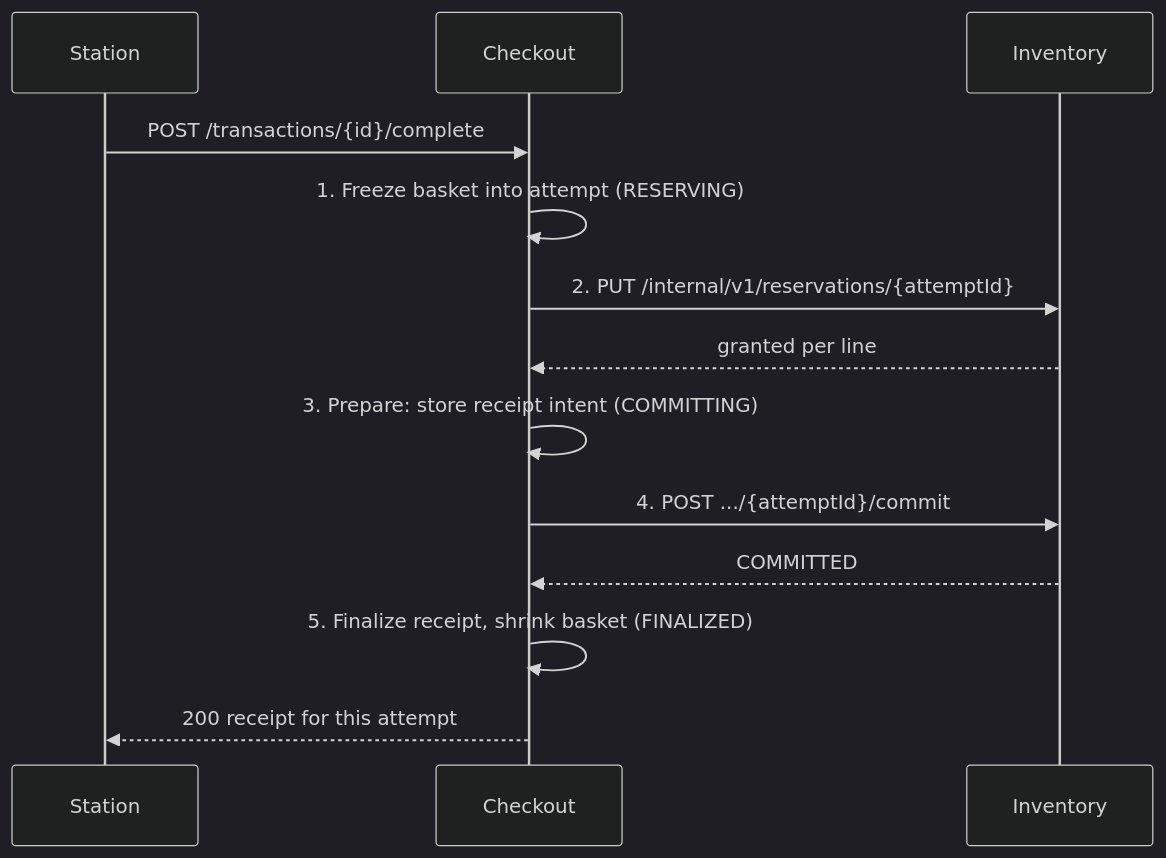
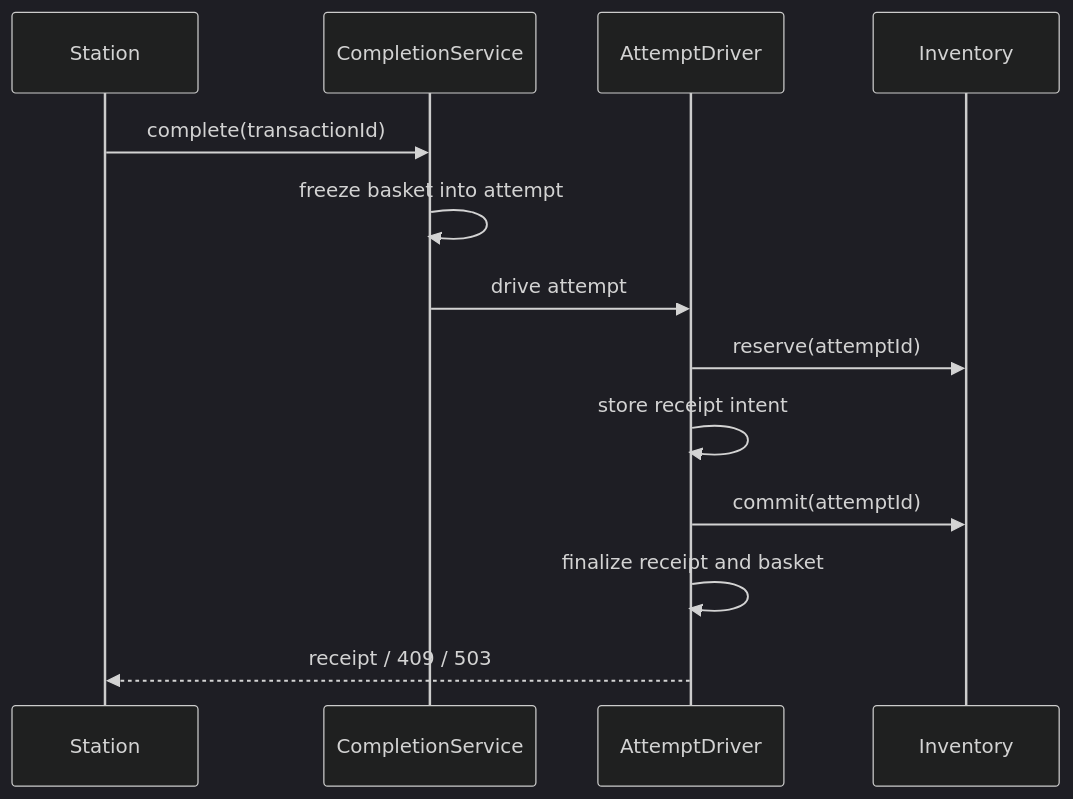
One commit to anecyz21/CS6510-2026 changed the seventh of 17 diagrams in domain-services/slides/slides.md. Above: the diagram before and after it, drawn with Mermaid (dark theme). The commit also changed other lines of this file, not shown here.

````diff
--- a/domain-services/slides/slides.md
+++ b/domain-services/slides/slides.md
@@ -522,15 +198,15 @@
-```mermaid {scale: 0.5}
+```mermaid {scale: 0.43}
 sequenceDiagram
-  participant S as Station
-  participant C as Checkout
-  participant I as Inventory
-  S->>C: POST /transactions/{id}/complete
-  C->>C: 1. Freeze basket into attempt (RESERVING)
-  C->>I: 2. PUT /internal/v1/reservations/{attemptId}
-  I-->>C: granted per line
-  C->>C: 3. Prepare: store receipt intent (COMMITTING)
-  C->>I: 4. POST .../{attemptId}/commit
-  I-->>C: COMMITTED
-  C->>C: 5. Finalize receipt, shrink basket (FINALIZED)
-  C-->>S: 200 receipt for this attempt
+  participant Station
+  participant CompletionService
+  participant AttemptDriver
+  participant Inventory
+  Station->>CompletionService: complete(transactionId)
+  CompletionService->>CompletionService: freeze basket into attempt
+  CompletionService->>AttemptDriver: drive attempt
+  AttemptDriver->>Inventory: reserve(attemptId)
+  AttemptDriver->>AttemptDriver: store receipt intent
+  AttemptDriver->>Inventory: commit(attemptId)
+  AttemptDriver->>AttemptDriver: finalize receipt and basket
+  AttemptDriver-->>Station: receipt / 409 / 503
 ```
````
